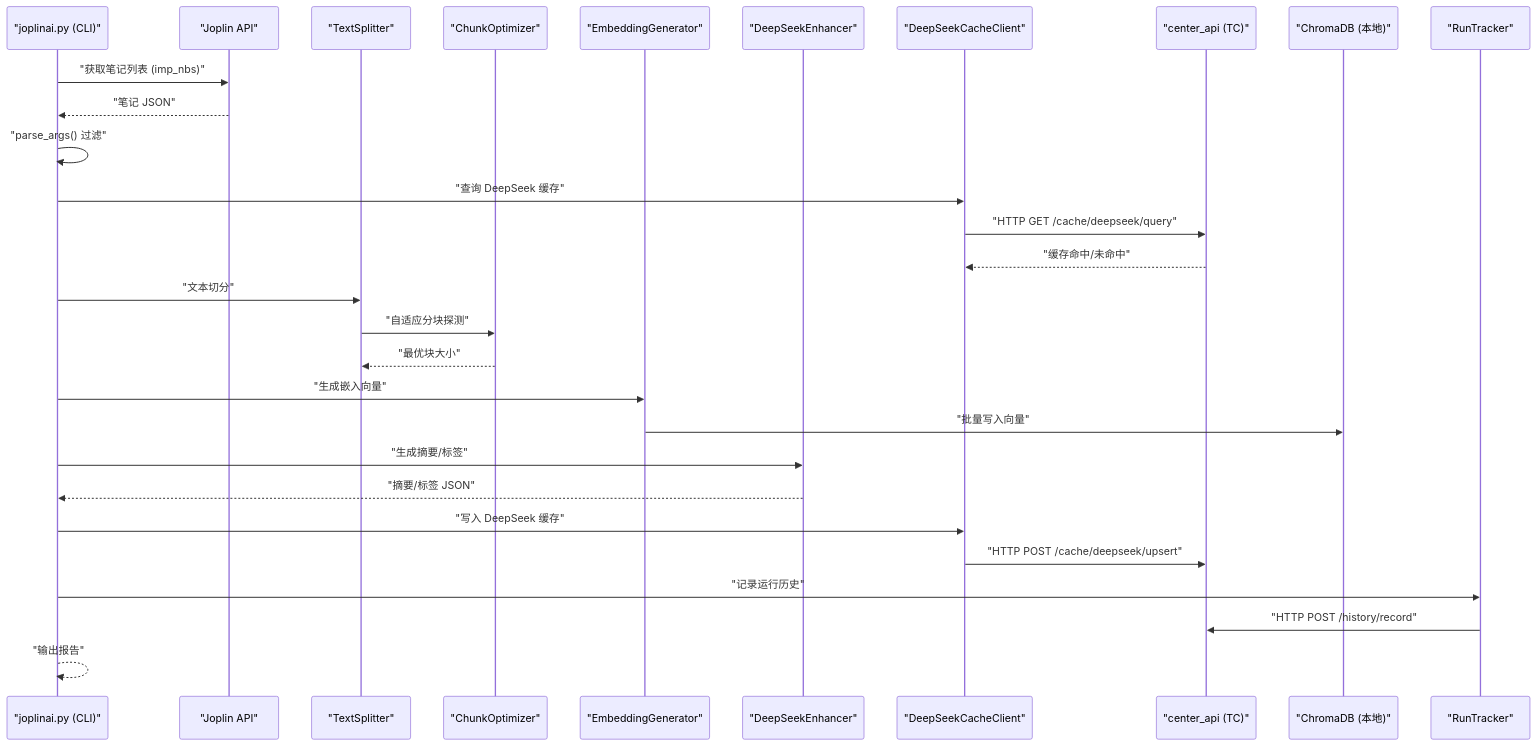
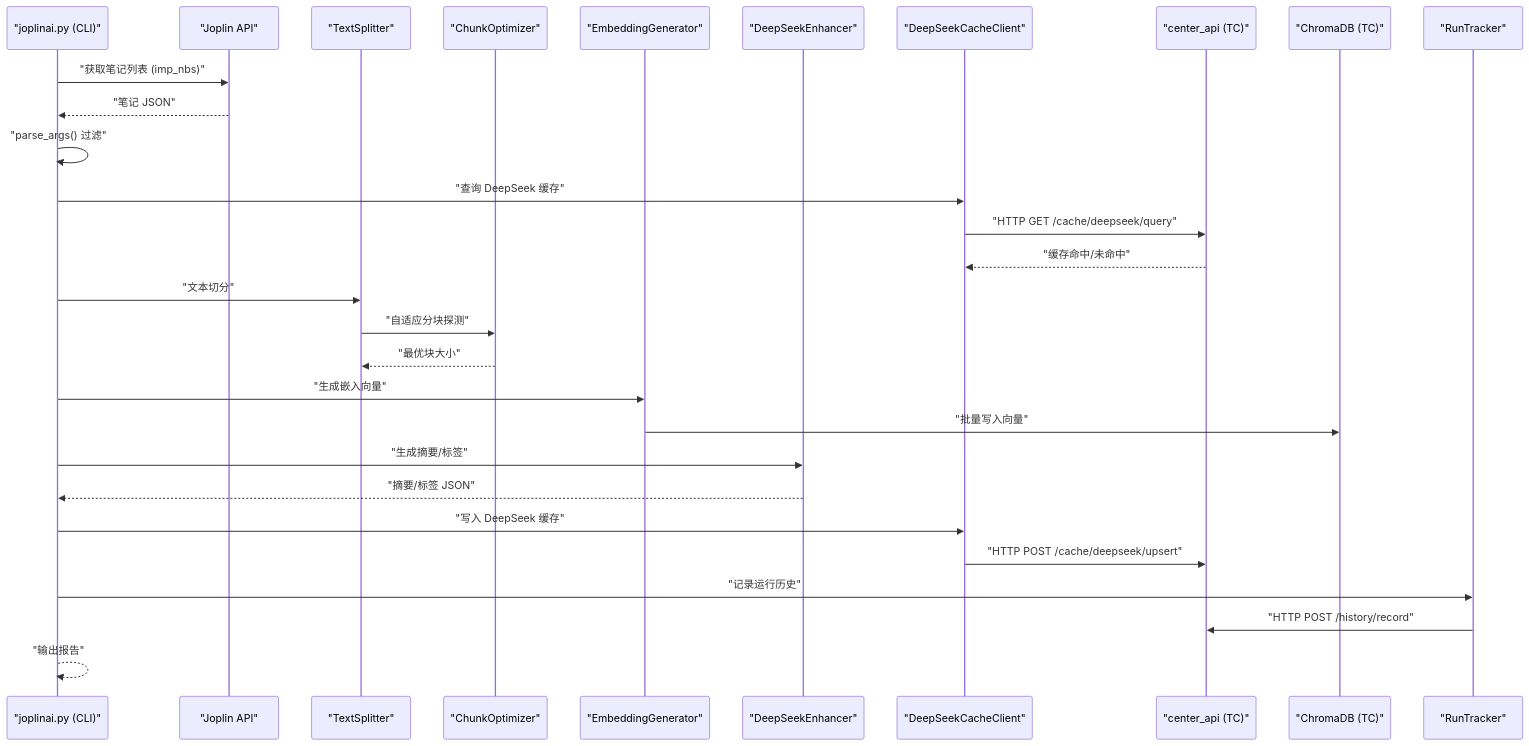
Before and after one commit to heart5/joplinai: the fourth of 10 diagrams in docs/TECHNICAL_MANUAL.md, drawn with Mermaid. The commit also changed other lines of this file, not shown here.

Commit message:
fix: 技术手册修正 ChromaDB 部署位置 — 在腾讯云非恒创云

````diff
--- a/docs/TECHNICAL_MANUAL.md
+++ b/docs/TECHNICAL_MANUAL.md
@@ -187,32 +186,32 @@
 ```mermaid
 sequenceDiagram
     participant CLI as "joplinai.py (CLI)"
     participant JP as "Joplin API"
     participant TS as "TextSplitter"
     participant CO as "ChunkOptimizer"
     participant EG as "EmbeddingGenerator"
     participant DS as "DeepSeekEnhancer"
     participant CC as "DeepSeekCacheClient"
     participant CA as "center_api (TC)"
-    participant VDB as "ChromaDB (本地)"
+    participant VDB as "ChromaDB (TC)"
     participant RT as "RunTracker"
 
     CLI->>JP: "获取笔记列表 (imp_nbs)"
     JP-->>CLI: "笔记 JSON"
     CLI->>CLI: "parse_args() 过滤"
     CLI->>CC: "查询 DeepSeek 缓存"
     CC->>CA: "HTTP GET /cache/deepseek/query"
     CA-->>CC: "缓存命中/未命中"
     CLI->>TS: "文本切分"
     TS->>CO: "自适应分块探测"
     CO-->>TS: "最优块大小"
     CLI->>EG: "生成嵌入向量"
     EG->>VDB: "批量写入向量"
     CLI->>DS: "生成摘要/标签"
     DS-->>CLI: "摘要/标签 JSON"
     CLI->>CC: "写入 DeepSeek 缓存"
     CC->>CA: "HTTP POST /cache/deepseek/upsert"
     CLI->>RT: "记录运行历史"
     RT->>CA: "HTTP POST /history/record"
     CLI-->>CLI: "输出报告"
 ```
````
